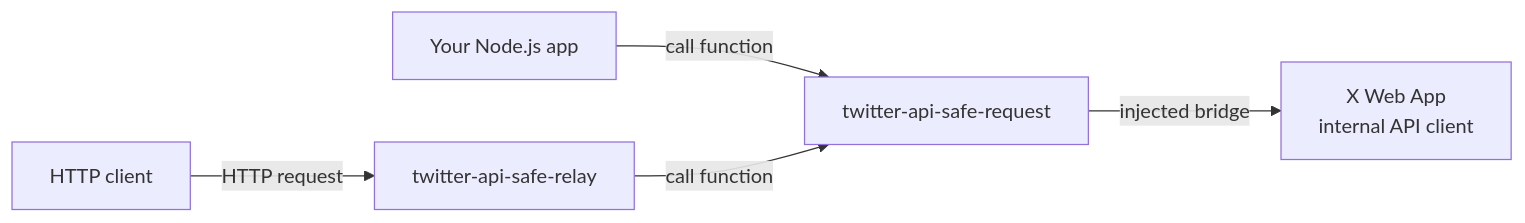
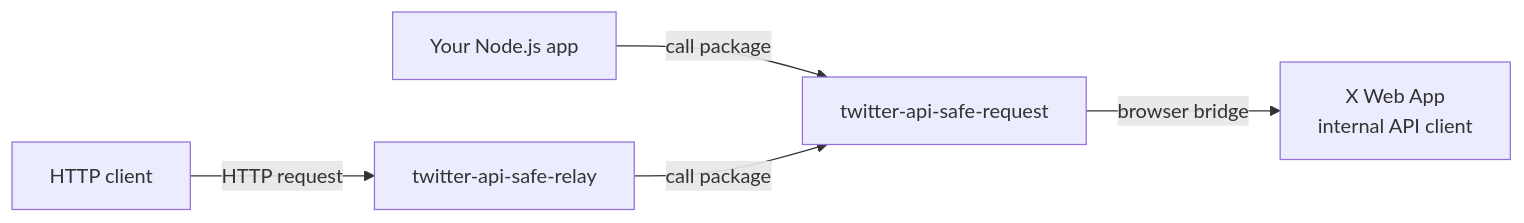
The diagram in README.md (fa0311/twitter_api_safe_relay), drawn with Mermaid before and after one commit. The commit also changed other lines of this file, not shown here.

````diff
--- a/README.md
+++ b/README.md
@@ -13,13 +12,13 @@
 ```mermaid
 flowchart LR
+	app["Your Node.js app"]
 	curl["HTTP client"]
-	app["Your Node.js app"]
 	server["twitter-api-safe-relay"]
 	package["twitter-api-safe-request"]
 	xclient["X Web App<br/>internal API client"]
 
-	app -->|"call function"|package
-	curl -->|"HTTP request"| server
-	server -->|"call function"| package
-	package -->|"injected bridge"| xclient
+	app -->|"call package"|package
+	curl -->|"HTTP request"|server
+	server -->|"call package"|package
+	package -->|"browser bridge"|xclient
 ```
````
